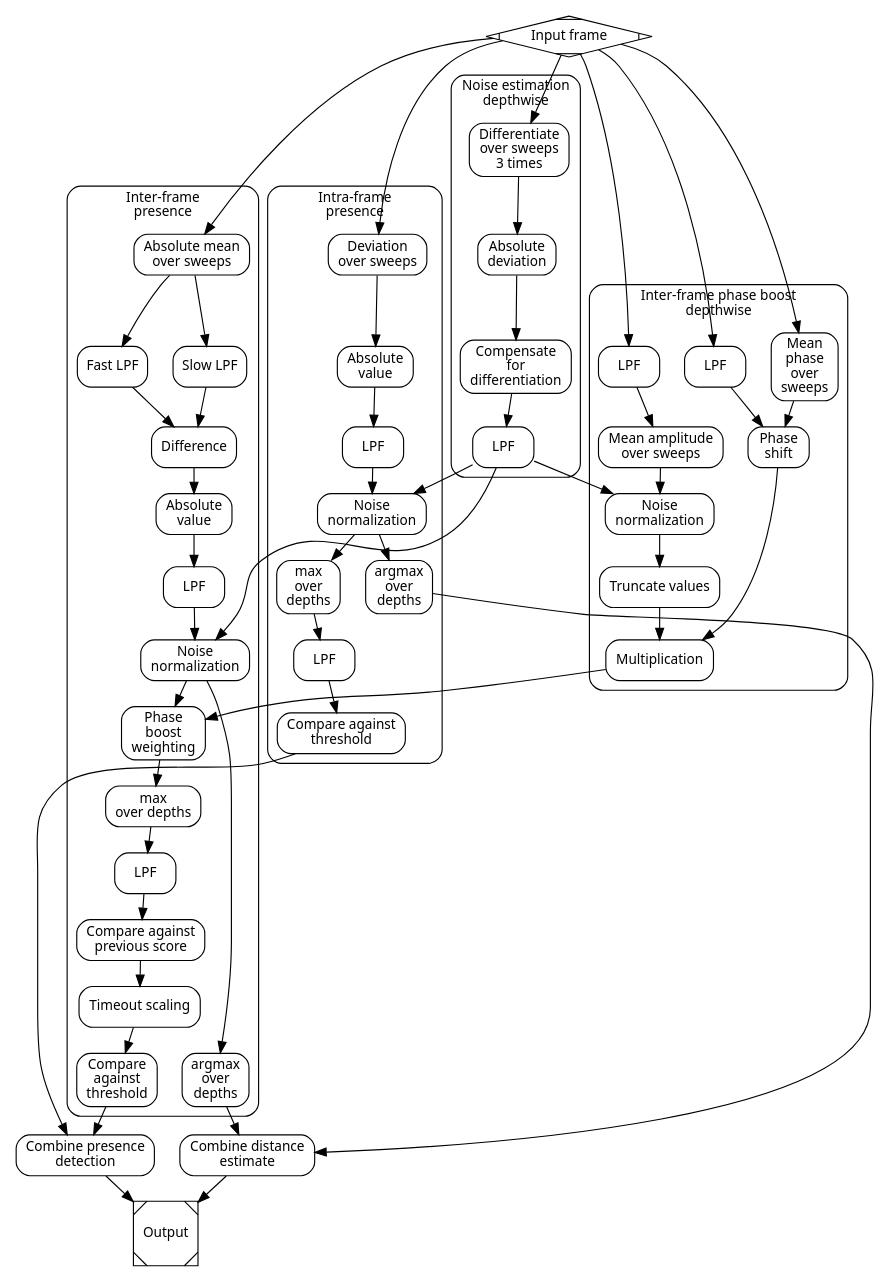
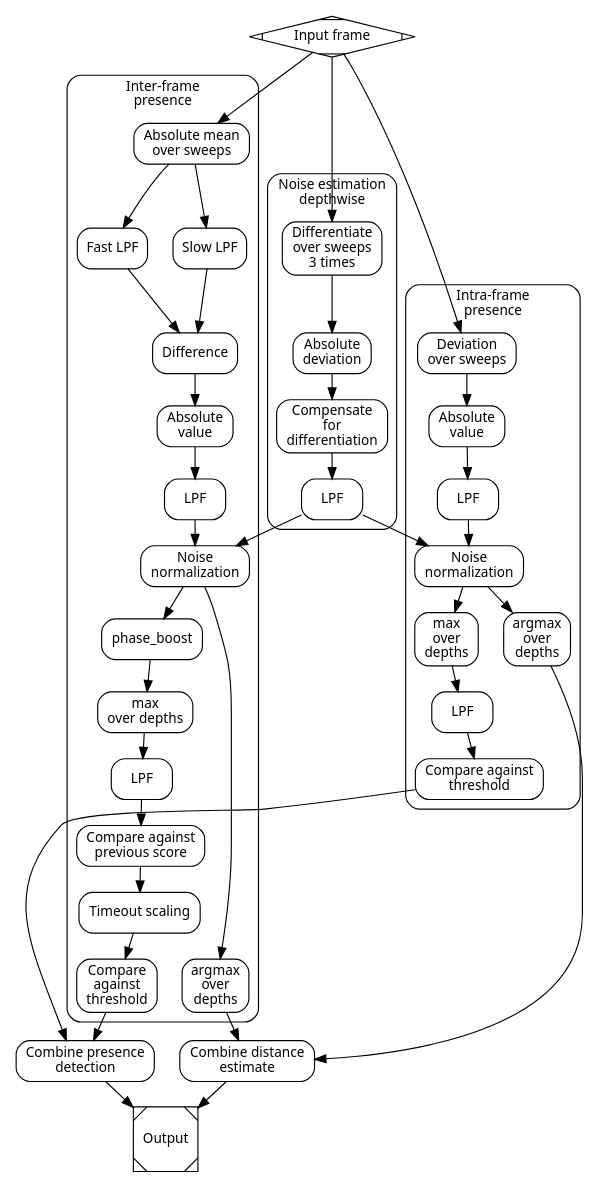
The diagram in docs/_graphs/a121_presence_detection.dot (acconeer/acconeer-python-exploration), drawn with Graphviz before and after one commit. The commit also changed 17 other files, not shown here.

First line of the commit message:
A121: Presence: Remove inter_phase_boost

```diff
--- a/docs/_graphs/a121_presence_detection.dot
+++ b/docs/_graphs/a121_presence_detection.dot
@@ -1,105 +1,84 @@
 digraph {
   pad=0.1
   ranksep=0.3
   nodesep=0.3
   bgcolor="#ffffff00"
   fontname=sans
   fontsize=12
   style=rounded
   node [fontname=sans, fontsize=12, shape=record, style=rounded]
 
   subgraph cluster {
     style=invis
 
     subgraph cluster_inter {
         label="Inter-frame\npresence"
         style=rounded
 
         abs_sweep_mean -> {fast_lpf, slow_lpf} -> fast_slow_dev -> abs_dev -> inter_lpf -> inter_norm
         inter_norm -> {inter_out_argmax, phase_boost}
         phase_boost -> inter_out_max -> inter_lp_out -> timeout -> timeout_scaling -> inter_threshold
 
         {rank = same; inter_threshold; inter_out_argmax}
     }
 
     subgraph cluster_intra {
         label="Intra-frame\npresence"
         style=rounded
 
         sweep_dev -> abs_dev_intra -> intra_lpf -> intra_norm
         intra_norm -> intra_out_argmax
         intra_norm -> intra_out_max -> intra_lp_out -> intra_threshold
     }
 
     subgraph cluster_noise {
         label="Noise estimation\ndepthwise"
         style=rounded
 
         noise_diff -> noise_dev
         noise_dev -> noise_comp -> noise_lpf
     }
-
-    subgraph cluster_phase_boost {
-        label="Inter-frame phase boost\ndepthwise"
-        style=rounded
-
-        {for_phase_lpf, phase_mean} -> phase_shift
-        for_amp_lpf -> amp_mean -> amp_norm -> amp_trunc
-        {amp_trunc, phase_shift} -> phase_boost_weight -> phase_boost
-
-        {rank = same; for_phase_lpf; for_amp_lpf}
-    }
   }
 
-  in -> {abs_sweep_mean, sweep_dev, noise_diff, for_phase_lpf, phase_mean, for_amp_lpf}
+  in -> {abs_sweep_mean, sweep_dev, noise_diff}
   {inter_threshold, intra_threshold} -> presence
   {inter_out_argmax, intra_out_argmax} -> distance
 
   {presence, distance} -> out
-  noise_lpf -> {amp_norm, intra_norm, inter_norm}
+  noise_lpf -> {intra_norm, inter_norm}
 
   in [shape=Mdiamond, label="Input frame"]
 
   abs_sweep_mean [label="Absolute mean\nover sweeps"]
   fast_lpf [label="Fast LPF"]
   slow_lpf [label="Slow LPF"]
   fast_slow_dev [label="Difference"]
   abs_dev [label="Absolute\nvalue"]
   inter_lpf [label="LPF"]
   inter_norm [label="Noise\nnormalization"]
   inter_out_max [label="max\nover depths"]
   inter_lp_out [label="LPF"]
   timeout [label="Compare against\nprevious score"]
   timeout_scaling [label="Timeout scaling"]
   inter_threshold [label="Compare\nagainst\nthreshold"]
   inter_out_argmax [label="argmax\nover\ndepths"]
 
   sweep_dev [label="Deviation\nover sweeps"]
   abs_dev_intra [label="Absolute\nvalue"]
   intra_lpf [label="LPF"]
   intra_norm [label="Noise\nnormalization"]
   intra_out_max [label="max\nover\ndepths"]
   intra_lp_out [label="LPF"]
   intra_threshold [label="Compare against\nthreshold"]
   intra_out_argmax [label="argmax\nover\ndepths"]
 
   noise_diff [label="Differentiate\nover sweeps\n3 times"]
   noise_dev [label="Absolute\ndeviation"]
   noise_comp [label="Compensate\nfor\ndifferentiation"]
   noise_lpf [label="LPF"]
 
-  phase_mean [label="Mean\nphase\nover\nsweeps"]
-  phase_shift [label="Phase\nshift"]
-  for_phase_lpf [label="LPF"]
-  for_amp_lpf [label="LPF"]
-  amp_mean [label="Mean amplitude\nover sweeps"]
-  amp_norm [label="Noise\nnormalization"]
-  amp_trunc [label="Truncate values"]
-  phase_boost_weight [label="Multiplication"]
-  phase_boost [label="Phase\nboost\nweighting"]
-
   presence [label="Combine presence\ndetection"]
   distance [label="Combine distance\nestimate"]
 
   out [shape=Msquare, label="Output"]
 }
```
